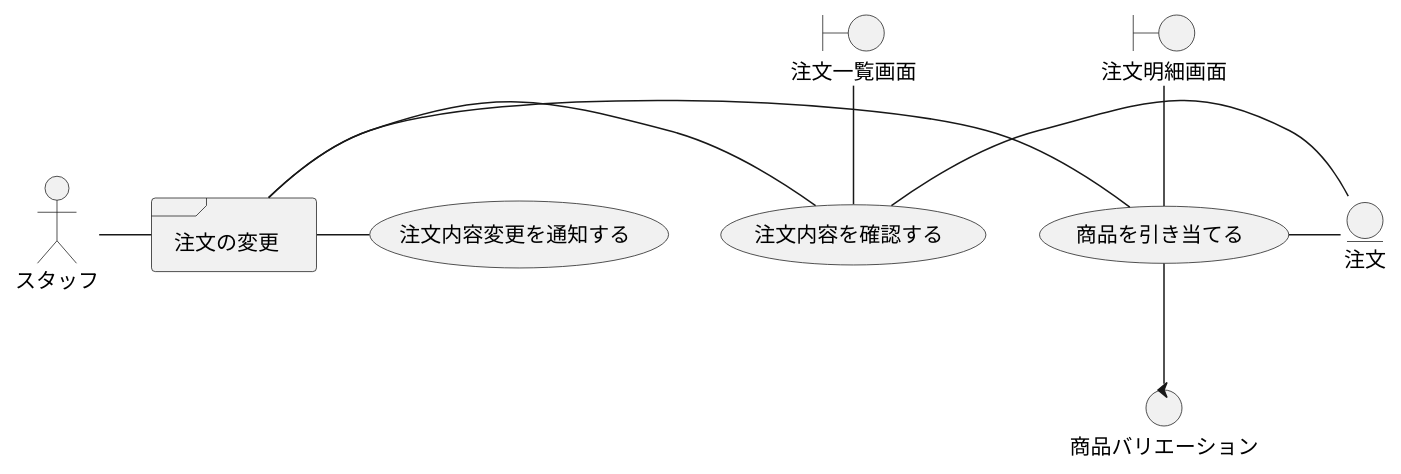
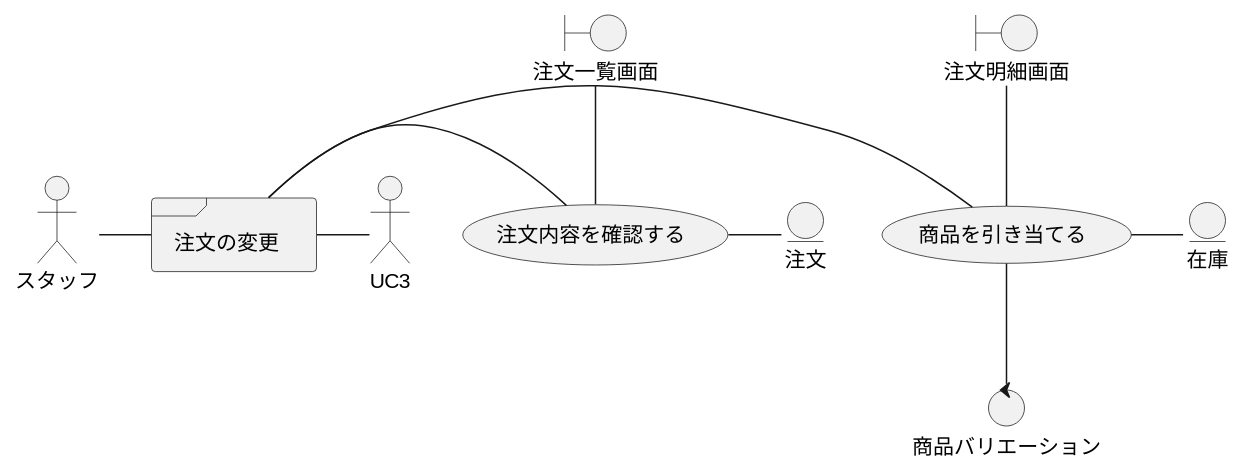
One commit to k2works/application_programing_excercise_2022 changed diagram 26 of 36 in docs/index.adoc. Above: the diagram before and after it, drawn with PlantUML. The commit also changed other lines of this file, not shown here.

Commit message:
docs: ユースケース複合図

```diff
--- a/docs/index.adoc
+++ b/docs/index.adoc
@@ -802,23 +825,23 @@
 [plantuml]
 ----
 @startuml
 actor "スタッフ" as ac_01
 frame "注文の変更" as f01
 usecase "注文内容を確認する" as UC1
 usecase "商品を引き当てる" as UC2
-usecase "注文内容変更を通知する" as UC3
 boundary "注文一覧画面" as b01
 boundary "注文明細画面" as b02
 entity "注文" as e01
+entity "在庫" as e02
 control "商品バリエーション" as c01
 
 ac_01 - f01
 f01 - UC1
 f01 - UC2
 f01 - UC3
 b01 -- UC1
 b02 -- UC2
 UC1 - e01
-UC2 - e01
+UC2 - e02
 UC2 -- c01
 ----
```
